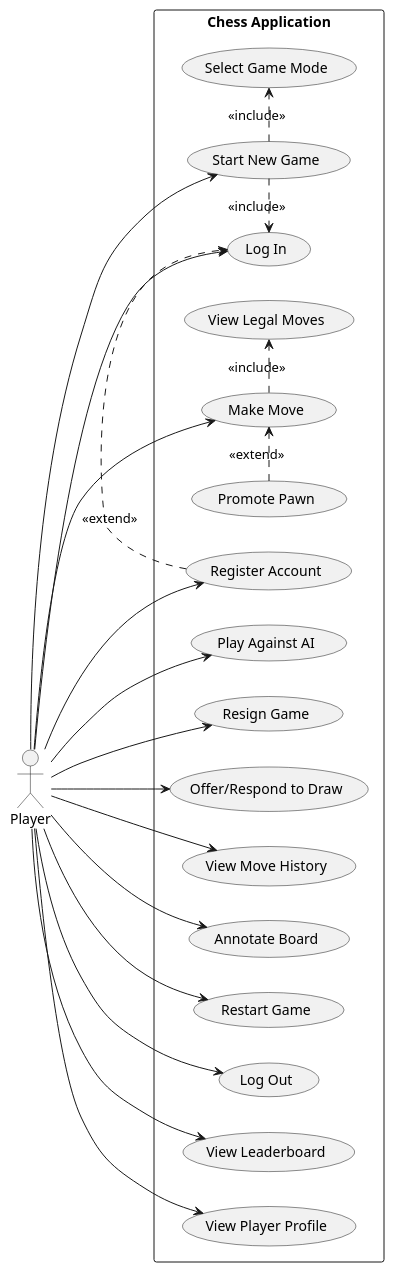
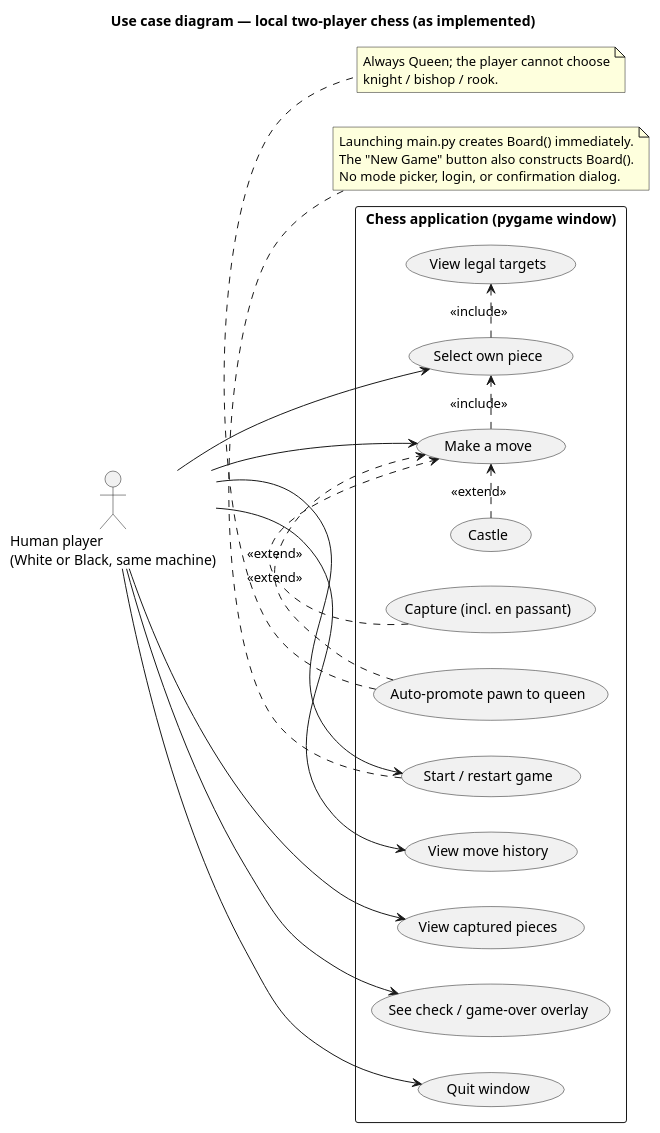
Before and after one commit to nortal3141592/OOP-chess-engine: the diagram in docs/use-case-diagram.puml, drawn with PlantUML. The commit also changed other lines of this file and 10 other files, not shown here.

```diff
--- a/docs/use-case-diagram.puml
+++ b/docs/use-case-diagram.puml
@@ -1,43 +6,45 @@
 @startuml
+title Use case diagram — local two-player chess (as implemented)
+
 left to right direction
-actor "Player" as P
+actor "Human player\n(White or Black, same machine)" as P
 
-rectangle "Chess Application" {
-  usecase "Start New Game" as UC1
-  usecase "Select Game Mode" as UC2
-  usecase "Make Move" as UC3
-  usecase "View Legal Moves" as UC4
-  usecase "Promote Pawn" as UC5
-  usecase "Play Against AI" as UC6
-  usecase "Resign Game" as UC7
-  usecase "Offer/Respond to Draw" as UC8
-  usecase "View Move History" as UC9
-  usecase "Annotate Board" as UC10
-  usecase "Restart Game" as UC11
-  usecase "Register Account" as UC12
-  usecase "Log In" as UC13
-  usecase "Log Out" as UC14
-  usecase "View Leaderboard" as UC15
-  usecase "View Player Profile" as UC16
+rectangle "Chess application (pygame window)" {
+  usecase "Start / restart game" as UC1
+  usecase "Select own piece" as UC2
+  usecase "View legal targets" as UC3
+  usecase "Make a move" as UC4
+  usecase "Castle" as UC5
+  usecase "Capture (incl. en passant)" as UC6
+  usecase "Auto-promote pawn to queen" as UC7
+  usecase "View move history" as UC8
+  usecase "View captured pieces" as UC9
+  usecase "See check / game-over overlay" as UC10
+  usecase "Quit window" as UC11
 }
 
 P --> UC1
-P --> UC3
-P --> UC6
-P --> UC7
+P --> UC2
+P --> UC4
 P --> UC8
 P --> UC9
 P --> UC10
 P --> UC11
-P --> UC12
-P --> UC13
-P --> UC14
-P --> UC15
-P --> UC16
 
-UC1 .> UC2 : <<include>>
-UC1 .> UC13 : <<include>>
-UC3 .> UC4 : <<include>>
-UC5 .> UC3 : <<extend>>
-UC12 .> UC13 : <<extend>>
+UC2 .> UC3 : <<include>>
+UC4 .> UC2 : <<include>>
+UC5 .> UC4 : <<extend>>
+UC6 .> UC4 : <<extend>>
+UC7 .> UC4 : <<extend>>
+
+note bottom of UC1
+  Launching main.py creates Board() immediately.
+  The "New Game" button also constructs Board().
+  No mode picker, login, or confirmation dialog.
+end note
+
+note bottom of UC7
+  Always Queen; the player cannot choose
+  knight / bishop / rook.
+end note
 @enduml
```
